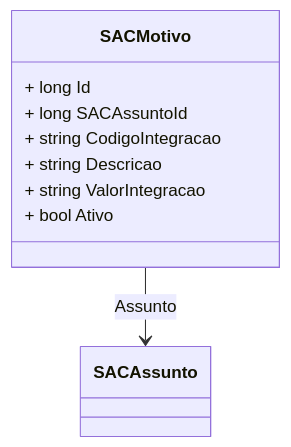
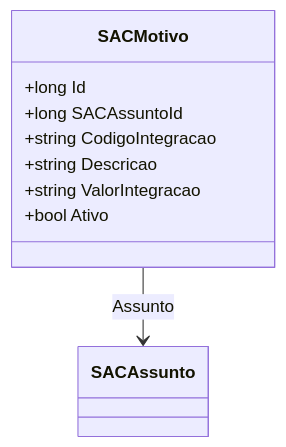
One commit to IsthmusSistemas/documentacao-tecnica changed the diagram in docs/b2b-dominio/IsthmusWinthor.Nucleo/IsthmusWinthor.Dominio/Entidades/SACMotivo.md. Above: the diagram before and after it, drawn with Mermaid. The commit also changed other lines of this file and 882 other files, not shown here.

````diff
--- a/docs/b2b-dominio/IsthmusWinthor.Nucleo/IsthmusWinthor.Dominio/Entidades/SACMotivo.md
+++ b/docs/b2b-dominio/IsthmusWinthor.Nucleo/IsthmusWinthor.Dominio/Entidades/SACMotivo.md
@@ -21,15 +22,13 @@
 ```mermaid
 classDiagram
     class SACMotivo {
-        + long Id
-        + long SACAssuntoId
-        + string CodigoIntegracao
-        + string Descricao
-        + string ValorIntegracao
-        + bool Ativo
+        +long Id
+        +long SACAssuntoId
+        +string CodigoIntegracao
+        +string Descricao
+        +string ValorIntegracao
+        +bool Ativo
     }
-    class SACAssunto {
-    }
-
+    class SACAssunto
     SACMotivo --> SACAssunto : Assunto
 ```
````
